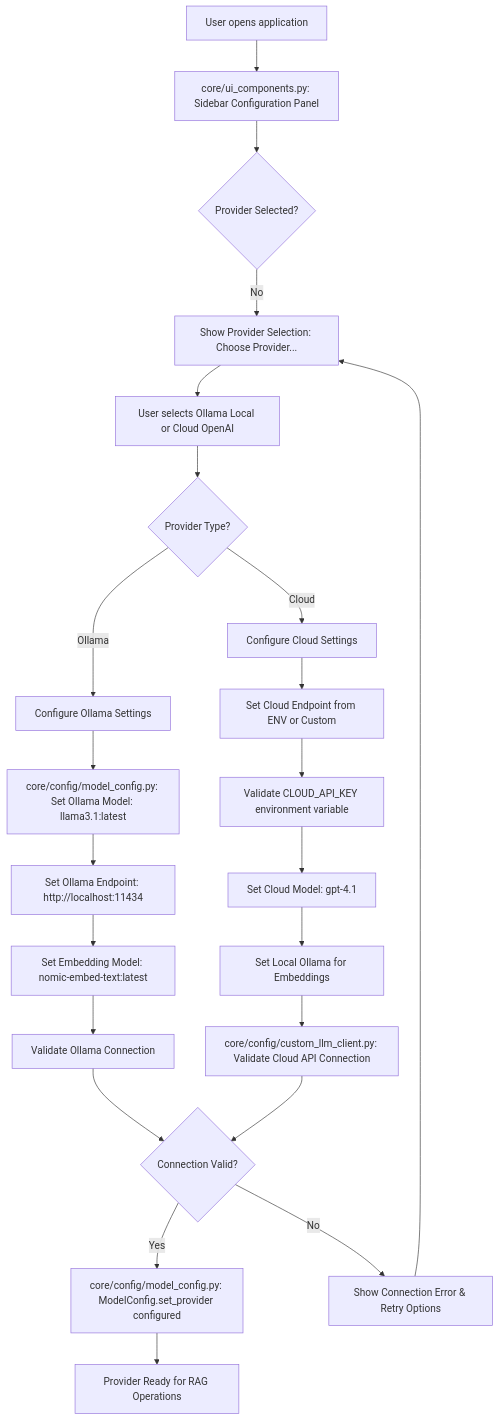
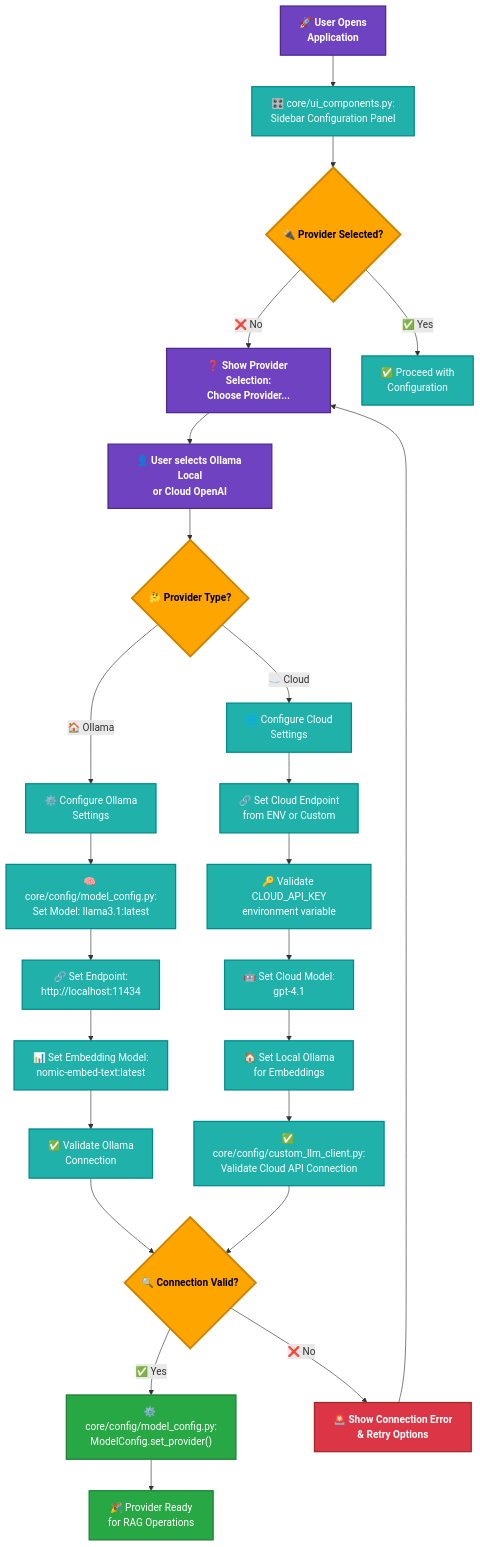
The third of 6 diagrams in debug_tools/USER_FLOWS.md (anilbattini/codebase-qa), drawn with Mermaid before and after one commit. The commit also changed other lines of this file, not shown here.

Commit message:
Updating colored user_flows, love it.

````diff
--- a/debug_tools/USER_FLOWS.md
+++ b/debug_tools/USER_FLOWS.md
@@ -114,29 +153,44 @@
 ```mermaid
 flowchart TD
-    A[User opens application] --> B[core/ui_components.py: Sidebar Configuration Panel]
-    B --> C{Provider Selected?}
-    C -->|No| D[Show Provider Selection: Choose Provider...]
-    D --> E[User selects Ollama Local or Cloud OpenAI]
+    %% Color Definitions
+    classDef user fill:#6f42c1,stroke:#4e2a8e,color:#fff,stroke-width:2px,font-weight:bold
+    classDef system fill:#20b2aa,stroke:#008b8b,color:#fff,stroke-width:2px
+    classDef decision fill:#ffa500,stroke:#cc8400,color:#000,stroke-width:3px,font-weight:bold
+    classDef error fill:#dc3545,stroke:#a52722,color:#fff,stroke-width:2px,font-weight:bold
+    classDef success fill:#28a745,stroke:#1e7e34,color:#fff,stroke-width:2px
+
+    %% Application Start
+    A["🚀 User Opens<br/>Application"]:::user
+    A --> B["🎛️ core/ui_components.py:<br/>Sidebar Configuration Panel"]:::system
+    B --> C{"🔌 Provider Selected?"}:::decision
     
-    E --> F{Provider Type?}
-    F -->|Ollama| G[Configure Ollama Settings]
-    F -->|Cloud| H[Configure Cloud Settings]
+    %% Provider Selection
+    C -->|"❌ No"| D["❓ Show Provider Selection:<br/>Choose Provider..."]:::user
+    C -->|"✅ Yes"| E["✅ Proceed with<br/>Configuration"]:::system
     
-    G --> G1[core/config/model_config.py: Set Ollama Model: llama3.1:latest]
-    G1 --> G2[Set Ollama Endpoint: http://localhost:11434]
-    G2 --> G3[Set Embedding Model: nomic-embed-text:latest]
-    G3 --> I[Validate Ollama Connection]
+    D --> F["👤 User selects Ollama Local<br/>or Cloud OpenAI"]:::user
+    F --> G{"🤔 Provider Type?"}:::decision
     
-    H --> H1[Set Cloud Endpoint from ENV or Custom]
-    H1 --> H2[Validate CLOUD_API_KEY environment variable]
-    H2 --> H3[Set Cloud Model: gpt-4.1]
-    H3 --> H4[Set Local Ollama for Embeddings]
-    H4 --> J[core/config/custom_llm_client.py: Validate Cloud API Connection]
+    %% Ollama Configuration
+    G -->|"🏠 Ollama"| H["⚙️ Configure Ollama<br/>Settings"]:::system
+    H --> I["🧠 core/config/model_config.py:<br/>Set Model: llama3.1:latest"]:::system
+    I --> J["🔗 Set Endpoint:<br/>http://localhost:11434"]:::system
+    J --> K["📊 Set Embedding Model:<br/>nomic-embed-text:latest"]:::system
+    K --> L["✅ Validate Ollama<br/>Connection"]:::system
     
-    I --> K{Connection Valid?}
-    J --> K
-    K -->|Yes| L[core/config/model_config.py: ModelConfig.set_provider configured]
-    K -->|No| M[Show Connection Error & Retry Options]
-    M --> D
-    L --> N[Provider Ready for RAG Operations]
+    %% Cloud Configuration  
+    G -->|"☁️ Cloud"| M["🌐 Configure Cloud<br/>Settings"]:::system
+    M --> N["🔗 Set Cloud Endpoint<br/>from ENV or Custom"]:::system
+    N --> O["🔑 Validate CLOUD_API_KEY<br/>environment variable"]:::system
+    O --> P["🤖 Set Cloud Model:<br/>gpt-4.1"]:::system
+    P --> Q["🏠 Set Local Ollama<br/>for Embeddings"]:::system
+    Q --> R["✅ core/config/custom_llm_client.py:<br/>Validate Cloud API Connection"]:::system
+    
+    %% Validation Results
+    L --> S{"🔍 Connection Valid?"}:::decision
+    R --> S
+    S -->|"✅ Yes"| T["⚙️ core/config/model_config.py:<br/>ModelConfig.set_provider()"]:::success
+    S -->|"❌ No"| U["🚨 Show Connection Error<br/>& Retry Options"]:::error
+    U --> D
+    T --> V["🎉 Provider Ready<br/>for RAG Operations"]:::success
 ```
````
